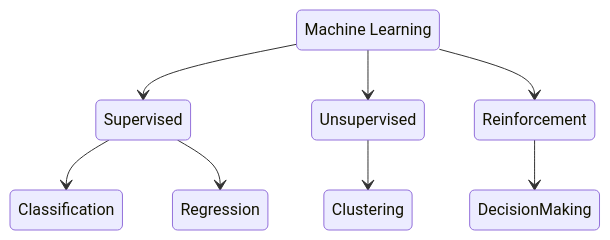
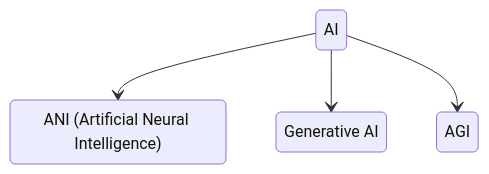
The first of 2 diagrams in content/docs/ai/terminology.md (arshadhs/arshadhs.github.io), drawn with Mermaid before and after one commit. The commit also changed other lines of this file and 1 other file, not shown here.

Commit message:
ML-State Diagram

```diff
--- a/content/docs/ai/terminology.md
+++ b/content/docs/ai/terminology.md
@@ -14,12 +14,10 @@
 {{<mermaid>}}
 stateDiagram-v2
-    State1: Machine Learning
-	State1 --> Supervised
-	Supervised --> 	Classification
-	Supervised --> 	Regression
-	State1 --> Unsupervised
-	Unsupervised --> Clustering
-	State1 --> Reinforcement
-	Reinforcement --> DecisionMaking
+    State1: AI
+	State1 --> ANI
+	ANI: ANI (Artificial Neural Intelligence)
+	State1 --> 	GAI
+	GAI: Generative AI
+	State1 --> 	AGI
 
 {{</mermaid>}}
```
